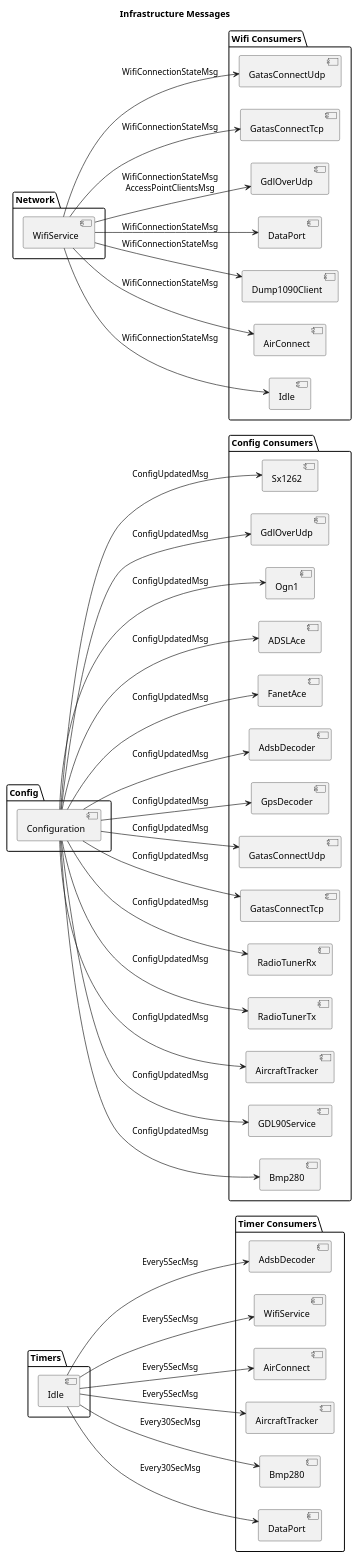
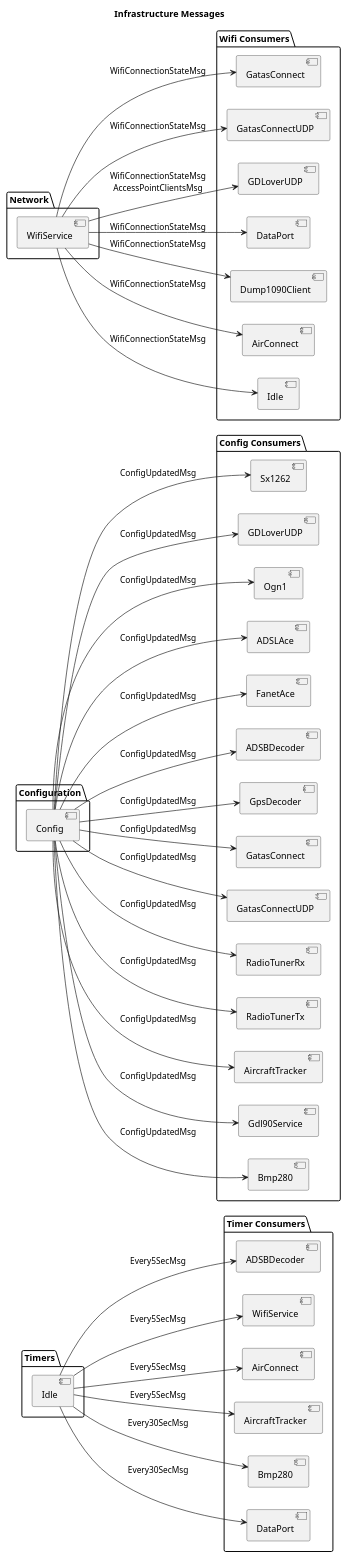
The seventh of 7 diagrams in doc/message-bus.md (Duke306/openace), drawn with PlantUML before and after one commit. The commit also changed other lines of this file and 6 other files, not shown here.

```diff
--- a/doc/message-bus.md
+++ b/doc/message-bus.md
@@ -324,8 +348,8 @@
     [Idle]
 }
 
-package "Config" {
-    [Configuration]
+package "Configuration" {
+    [Config]
 }
 
 package "Network" {
@@ -333,7 +357,7 @@
 }
 
 package "Timer Consumers" {
-    [AdsbDecoder]
+    [ADSBDecoder]
     [WifiService] as WS2
     [AirConnect]
     [AircraftTracker]
@@ -343,55 +367,55 @@
 
 package "Config Consumers" {
     [Sx1262]
-    [GdlOverUdp]
+    [GDLoverUDP]
     [Ogn1]
     [ADSLAce]
     [FanetAce]
-    [AdsbDecoder] as AD2
+    [ADSBDecoder] as AD2
     [GpsDecoder]
-    [GatasConnectUdp]
-    [GatasConnectTcp]
+    [GatasConnect] as GC2
+    [GatasConnectUDP]
     [RadioTunerRx]
     [RadioTunerTx]
     [AircraftTracker] as AT2
-    [GDL90Service]
+    [Gdl90Service]
     [Bmp280] as BMP2
 }
 
 package "Wifi Consumers" {
-    [GatasConnectUdp] as GU2
-    [GatasConnectTcp] as GT2
-    [GdlOverUdp] as GO2
+    [GatasConnect] as GC3
+    [GatasConnectUDP] as GU2
+    [GDLoverUDP] as GO2
     [DataPort] as DP2
     [Dump1090Client]
     [AirConnect] as AC2
     [Idle] as I2
 }
 
-[Idle] --> [AdsbDecoder] : Every5SecMsg
+[Idle] --> [ADSBDecoder] : Every5SecMsg
 [Idle] --> [WS2] : Every5SecMsg
 [Idle] --> [AirConnect] : Every5SecMsg
 [Idle] --> [AircraftTracker] : Every5SecMsg
 [Idle] --> [Bmp280] : Every30SecMsg
 [Idle] --> [DataPort] : Every30SecMsg
 
-[Configuration] --> [Sx1262] : ConfigUpdatedMsg
-[Configuration] --> [GdlOverUdp] : ConfigUpdatedMsg
-[Configuration] --> [Ogn1] : ConfigUpdatedMsg
-[Configuration] --> [ADSLAce] : ConfigUpdatedMsg
-[Configuration] --> [FanetAce] : ConfigUpdatedMsg
-[Configuration] --> [AD2] : ConfigUpdatedMsg
-[Configuration] --> [GpsDecoder] : ConfigUpdatedMsg
-[Configuration] --> [GatasConnectUdp] : ConfigUpdatedMsg
-[Configuration] --> [GatasConnectTcp] : ConfigUpdatedMsg
-[Configuration] --> [RadioTunerRx] : ConfigUpdatedMsg
-[Configuration] --> [RadioTunerTx] : ConfigUpdatedMsg
-[Configuration] --> [AT2] : ConfigUpdatedMsg
-[Configuration] --> [GDL90Service] : ConfigUpdatedMsg
-[Configuration] --> [BMP2] : ConfigUpdatedMsg
+[Config] --> [Sx1262] : ConfigUpdatedMsg
+[Config] --> [GDLoverUDP] : ConfigUpdatedMsg
+[Config] --> [Ogn1] : ConfigUpdatedMsg
+[Config] --> [ADSLAce] : ConfigUpdatedMsg
+[Config] --> [FanetAce] : ConfigUpdatedMsg
+[Config] --> [AD2] : ConfigUpdatedMsg
+[Config] --> [GpsDecoder] : ConfigUpdatedMsg
+[Config] --> [GC2] : ConfigUpdatedMsg
+[Config] --> [GatasConnectUDP] : ConfigUpdatedMsg
+[Config] --> [RadioTunerRx] : ConfigUpdatedMsg
+[Config] --> [RadioTunerTx] : ConfigUpdatedMsg
+[Config] --> [AT2] : ConfigUpdatedMsg
+[Config] --> [Gdl90Service] : ConfigUpdatedMsg
+[Config] --> [BMP2] : ConfigUpdatedMsg
 
+[WifiService] --> [GC3] : WifiConnectionStateMsg
 [WifiService] --> [GU2] : WifiConnectionStateMsg
-[WifiService] --> [GT2] : WifiConnectionStateMsg
 [WifiService] --> [GO2] : WifiConnectionStateMsg\nAccessPointClientsMsg
 [WifiService] --> [DP2] : WifiConnectionStateMsg
 [WifiService] --> [Dump1090Client] : WifiConnectionStateMsg
```
